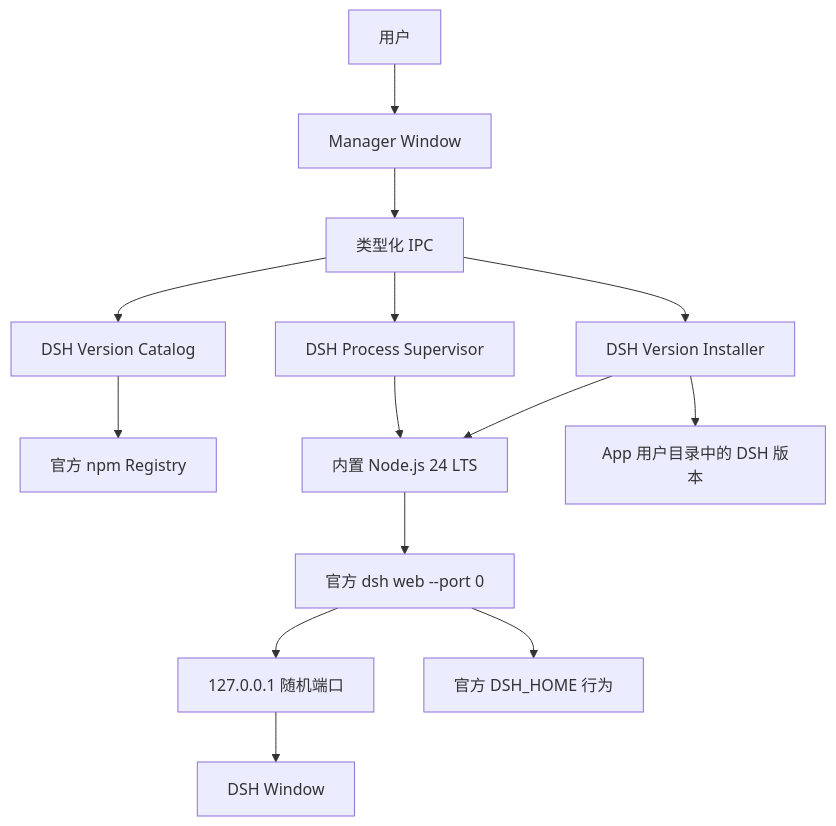
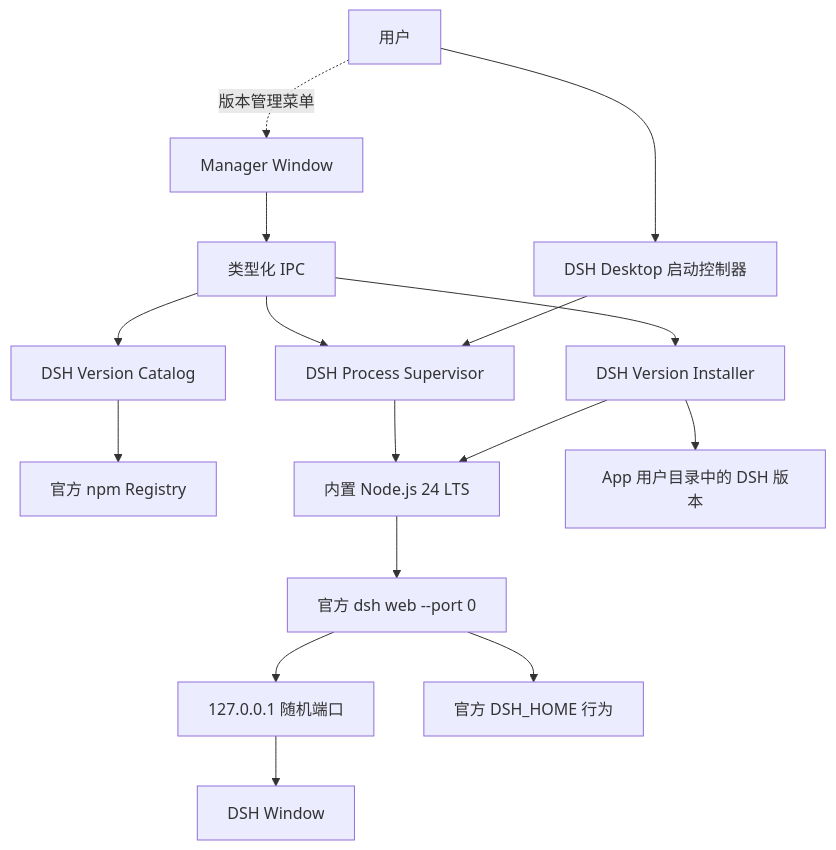
One commit to qufei1993/dsh-desktop changed the diagram in docs/superpowers/specs/2026-08-15-dsh-desktop-design.md. Above: the diagram before and after it, drawn with Mermaid. The commit also changed other lines of this file and 3 other files, not shown here.

````diff
--- a/docs/superpowers/specs/2026-08-15-dsh-desktop-design.md
+++ b/docs/superpowers/specs/2026-08-15-dsh-desktop-design.md
@@ -108,16 +108,18 @@
 ```mermaid
 flowchart TD
-    User[用户] --> Manager[Manager Window]
+    User[用户] --> Shell[DSH Desktop 启动控制器]
+    Shell --> Supervisor[DSH Process Supervisor]
+    User -. 版本管理菜单 .-> Manager[Manager Window]
     Manager --> IPC[类型化 IPC]
     IPC --> Catalog[DSH Version Catalog]
     IPC --> Installer[DSH Version Installer]
-    IPC --> Supervisor[DSH Process Supervisor]
+    IPC --> Supervisor
     Catalog --> Registry[官方 npm Registry]
     Installer --> Node[内置 Node.js 24 LTS]
     Installer --> Versions[App 用户目录中的 DSH 版本]
     Supervisor --> Node
     Node --> DSH[官方 dsh web --port 0]
     DSH --> Localhost[127.0.0.1 随机端口]
     Localhost --> DSHWindow[DSH Window]
     DSH --> OfficialHome[官方 DSH_HOME 行为]
 ```
````
